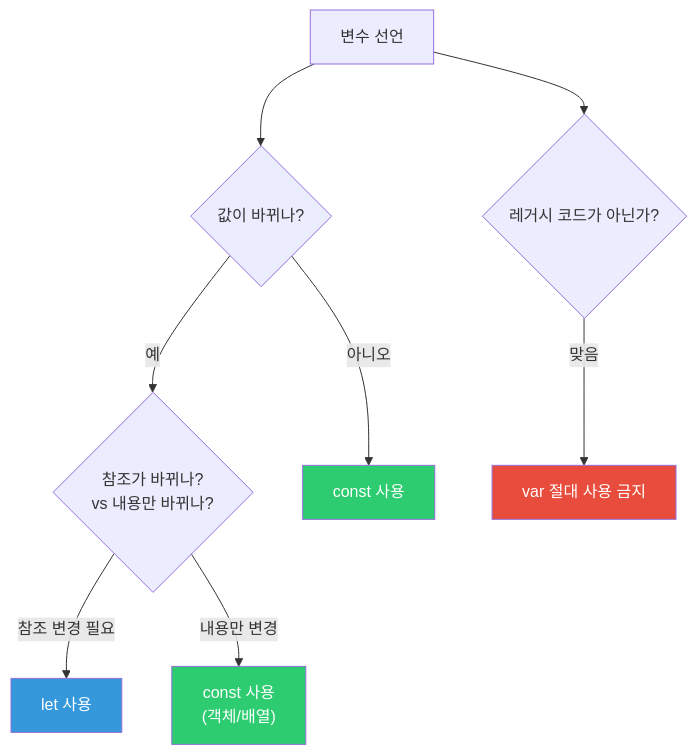
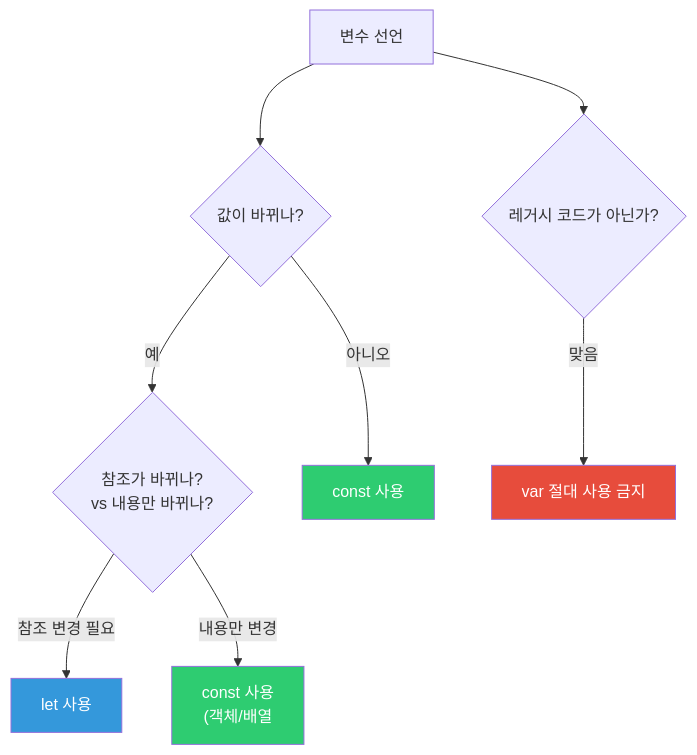
One commit to yjkim2015/yjkim2015.github.io changed the eighth of 9 diagrams in _posts/frontend/2026-05-02-js-var-let-const.md. Above: the diagram before and after it, drawn with Mermaid. The commit also changed other lines of this file and 271 other files, not shown here.

First line of the commit message:
Mermaid 라벨 축소: 긴 노드 텍스트 18자 이하로 트림 + \n 제거

````diff
--- a/_posts/frontend/2026-05-02-js-var-let-const.md
+++ b/_posts/frontend/2026-05-02-js-var-let-const.md
@@ -383,14 +383,14 @@
 ```mermaid
 flowchart TD
     A["변수 선언"] --> B{"값이 바뀌나?"}
     B -->|"예"| C{"참조가 바뀌나?<br>vs 내용만 바뀌나?"}
     B -->|"아니오"| D["const 사용"]
     C -->|"참조 변경 필요"| E["let 사용"]
-    C -->|"내용만 변경"| F["const 사용<br>(객체/배열)"]
+    C -->|"내용만 변경"| F["const 사용<br>(객체/배열"]
     A --> G{"레거시 코드가 아닌가?"}
     G -->|"맞음"| H["var 절대 사용 금지"]
     style D fill:#2ecc71,color:#fff
     style E fill:#3498db,color:#fff
     style F fill:#2ecc71,color:#fff
     style H fill:#e74c3c,color:#fff
 ```
````
